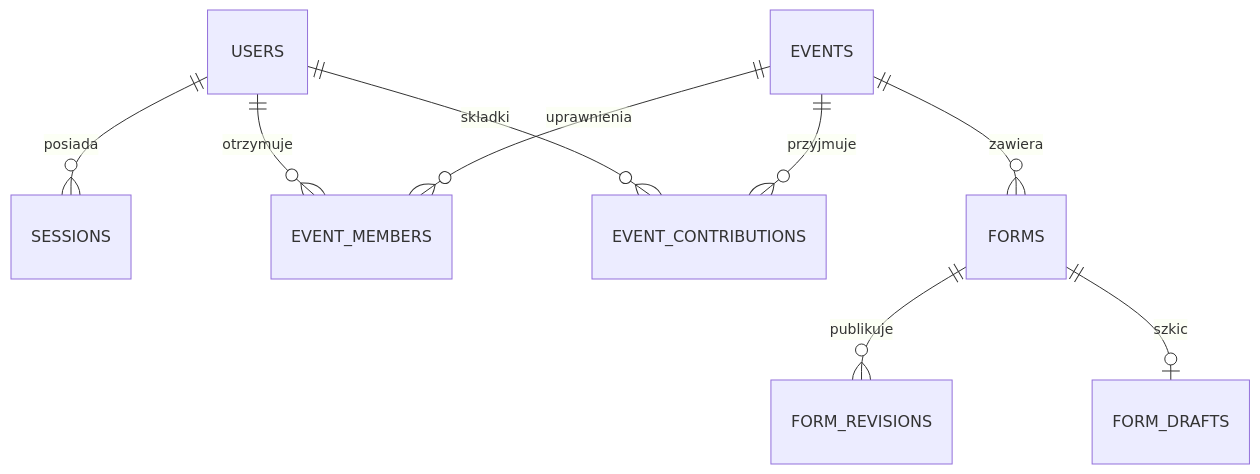
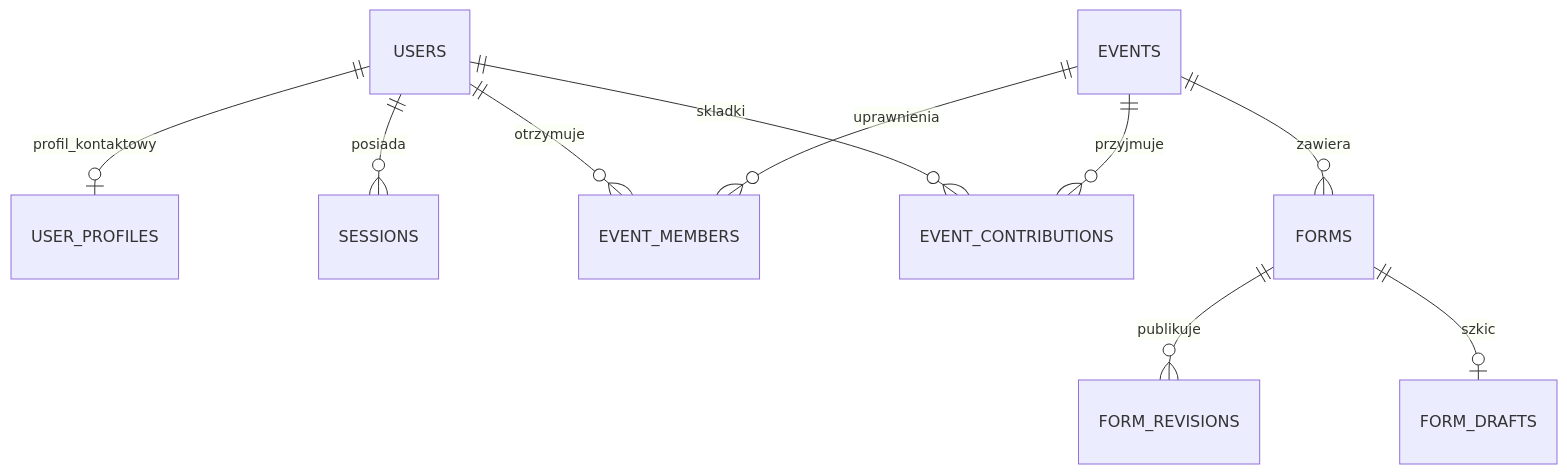
The first of 4 diagrams in docs/architecture/DATA_MODEL.md (Krasny-Lis/ursunalia-character-generator), drawn with Mermaid before and after one commit. The commit also changed other lines of this file, not shown here.

Commit message:
docs(data): model global contact profiles and granular event-role permissions

````diff
--- a/docs/architecture/DATA_MODEL.md
+++ b/docs/architecture/DATA_MODEL.md
@@ -63,11 +63,12 @@
 ```mermaid
 erDiagram
+    USERS ||--o| USER_PROFILES : profil_kontaktowy
     USERS ||--o{ SESSIONS : posiada
     USERS ||--o{ EVENT_MEMBERS : otrzymuje
     USERS ||--o{ EVENT_CONTRIBUTIONS : skladki
     EVENTS ||--o{ EVENT_CONTRIBUTIONS : przyjmuje
     EVENTS ||--o{ EVENT_MEMBERS : uprawnienia
     EVENTS ||--o{ FORMS : zawiera
     FORMS ||--o{ FORM_REVISIONS : publikuje
     FORMS ||--o| FORM_DRAFTS : szkic
 ```
````
